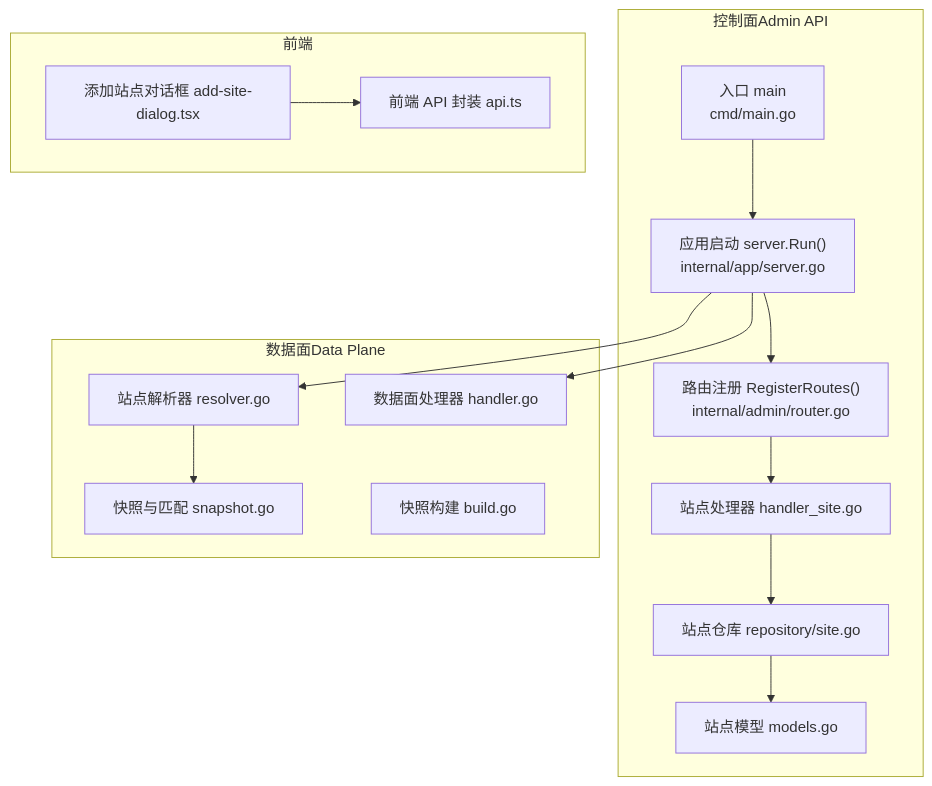
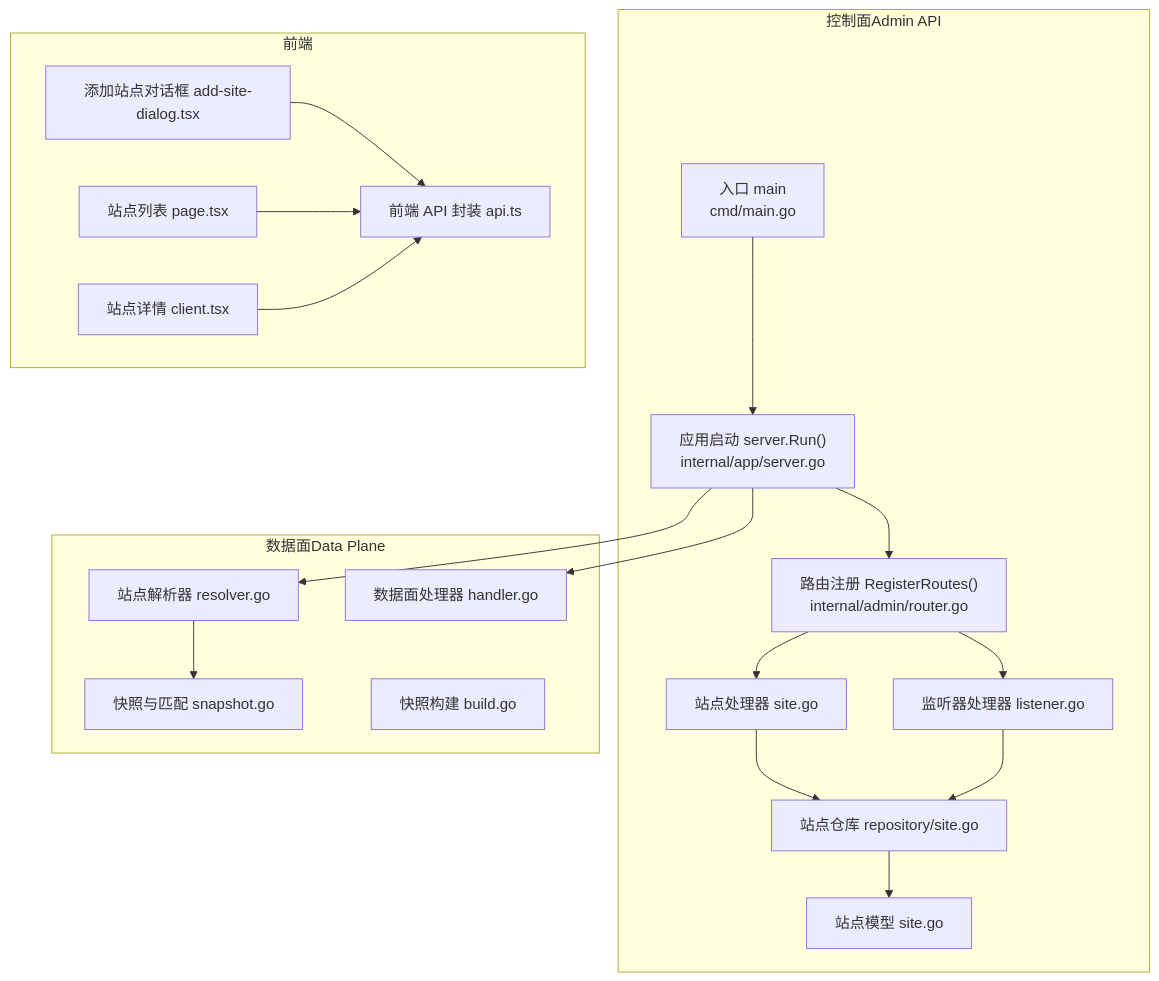
One commit to x01n/My-OpenWaf changed the first of 8 diagrams in docs/管理 API 系统/站点管理 API.md. Above: the diagram before and after it, drawn with Mermaid. The commit also changed other lines of this file and 199 other files, not shown here.

````diff
--- a/docs/管理 API 系统/站点管理 API.md
+++ b/docs/管理 API 系统/站点管理 API.md
@@ -39,30 +43,37 @@
 ```mermaid
 graph TB
 subgraph "控制面Admin API"
 MAIN["入口 main<br/>cmd/main.go"]
 APP["应用启动 server.Run()<br/>internal/app/server.go"]
 ROUTER["路由注册 RegisterRoutes()<br/>internal/admin/router.go"]
-HANDLER["站点处理器 handler_site.go"]
+HANDLER["站点处理器 site.go"]
+LISTENER_HANDLER["监听器处理器 listener.go"]
 REPO["站点仓库 repository/site.go"]
-MODELS["站点模型 models.go"]
+MODELS["站点模型 site.go"]
 end
 subgraph "数据面Data Plane"
 RESOLVER["站点解析器 resolver.go"]
 SNAPSHOT["快照与匹配 snapshot.go"]
 BUILD["快照构建 build.go"]
 DP_HANDLER["数据面处理器 handler.go"]
 end
 subgraph "前端"
 DIALOG["添加站点对话框 add-site-dialog.tsx"]
 API["前端 API 封装 api.ts"]
+PAGE["站点列表 page.tsx"]
+CLIENT["站点详情 client.tsx"]
 end
 MAIN --> APP
 APP --> ROUTER
 ROUTER --> HANDLER
+ROUTER --> LISTENER_HANDLER
 HANDLER --> REPO
+LISTENER_HANDLER --> REPO
 REPO --> MODELS
 APP --> RESOLVER
 RESOLVER --> SNAPSHOT
 APP --> DP_HANDLER
 DIALOG --> API
+PAGE --> API
+CLIENT --> API
 ```
````
